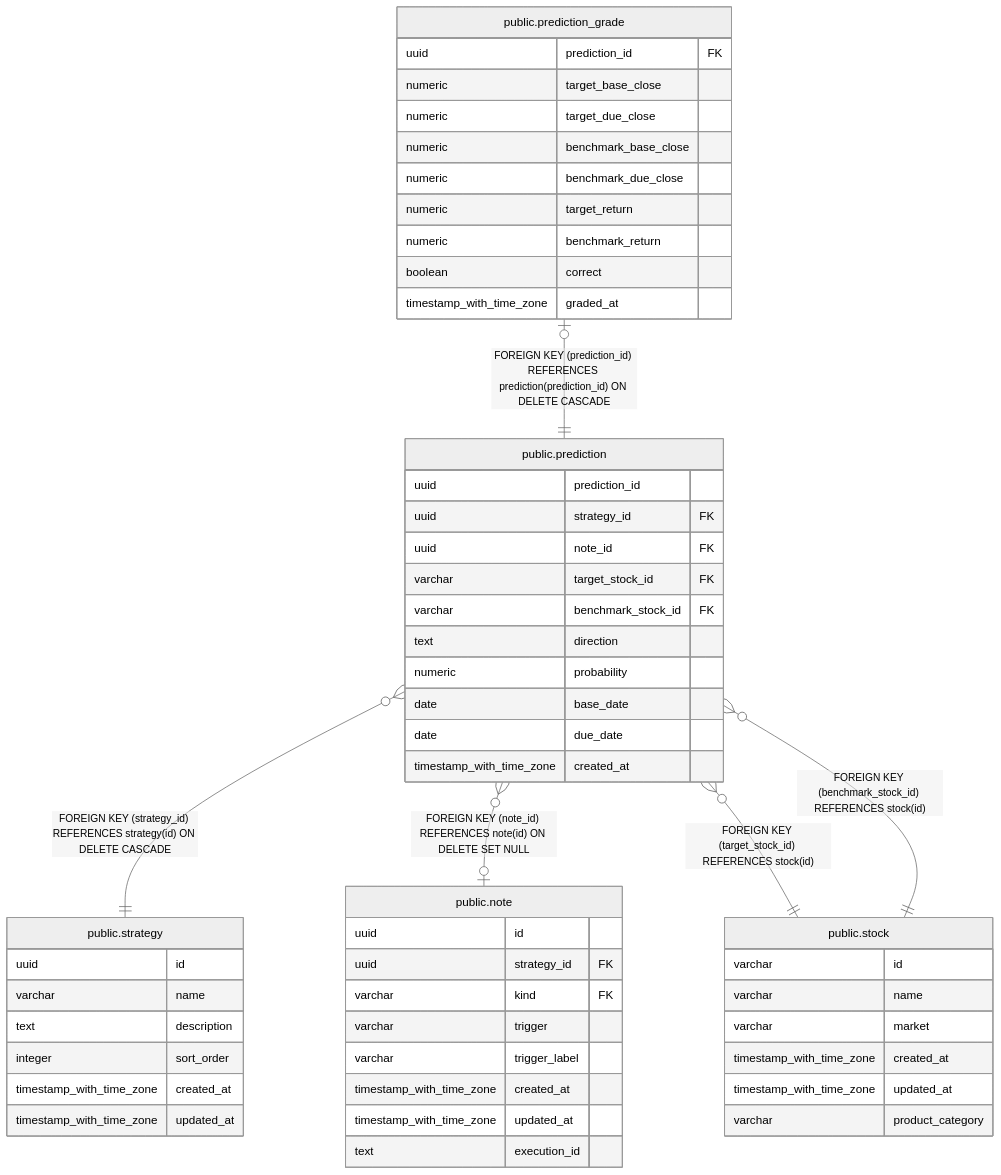
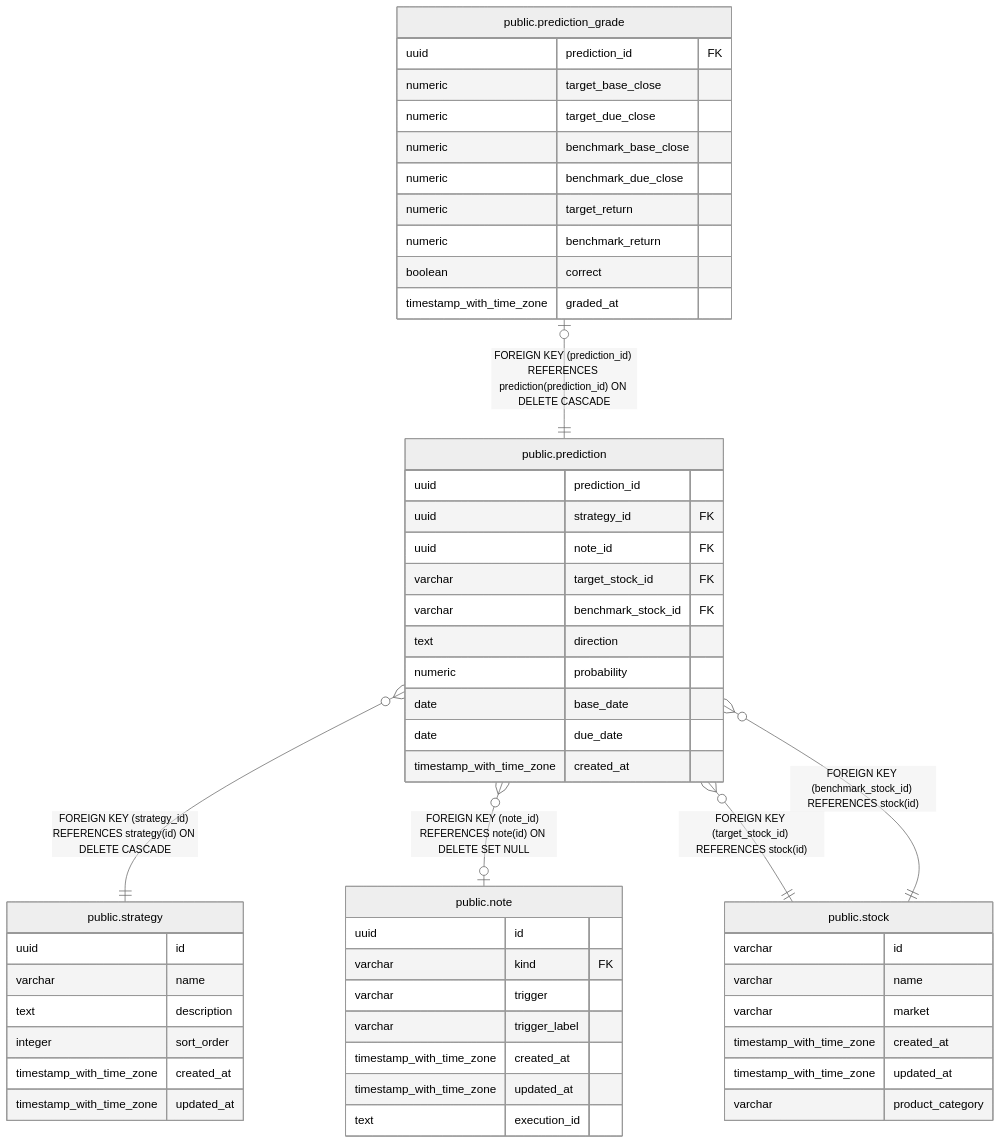
One commit to fohte/t-rader changed the diagram in backend/docs/db/public.prediction.md. Above: the diagram before and after it, drawn with Mermaid (neutral theme). The commit also changed 6 other files, not shown here.

````diff
--- a/backend/docs/db/public.prediction.md
+++ b/backend/docs/db/public.prediction.md
@@ -45,59 +45,58 @@
 ```mermaid
 erDiagram
 
 "public.prediction_grade" |o--|| "public.prediction" : "FOREIGN KEY (prediction_id) REFERENCES prediction(prediction_id) ON DELETE CASCADE"
 "public.prediction" }o--|| "public.strategy" : "FOREIGN KEY (strategy_id) REFERENCES strategy(id) ON DELETE CASCADE"
 "public.prediction" }o--o| "public.note" : "FOREIGN KEY (note_id) REFERENCES note(id) ON DELETE SET NULL"
 "public.prediction" }o--|| "public.stock" : "FOREIGN KEY (target_stock_id) REFERENCES stock(id)"
 "public.prediction" }o--|| "public.stock" : "FOREIGN KEY (benchmark_stock_id) REFERENCES stock(id)"
 
 "public.prediction" {
   uuid prediction_id
   uuid strategy_id FK
   uuid note_id FK
   varchar target_stock_id FK
   varchar benchmark_stock_id FK
   text direction
   numeric probability
   date base_date
   date due_date
   timestamp_with_time_zone created_at
 }
 "public.prediction_grade" {
   uuid prediction_id FK
   numeric target_base_close
   numeric target_due_close
   numeric benchmark_base_close
   numeric benchmark_due_close
   numeric target_return
   numeric benchmark_return
   boolean correct
   timestamp_with_time_zone graded_at
 }
 "public.strategy" {
   uuid id
   varchar name
   text description
   integer sort_order
   timestamp_with_time_zone created_at
   timestamp_with_time_zone updated_at
 }
 "public.note" {
   uuid id
-  uuid strategy_id FK
   varchar kind FK
   varchar trigger
   varchar trigger_label
   timestamp_with_time_zone created_at
   timestamp_with_time_zone updated_at
   text execution_id
 }
 "public.stock" {
   varchar id
   varchar name
   varchar market
   timestamp_with_time_zone created_at
   timestamp_with_time_zone updated_at
   varchar product_category
 }
 ```
````
